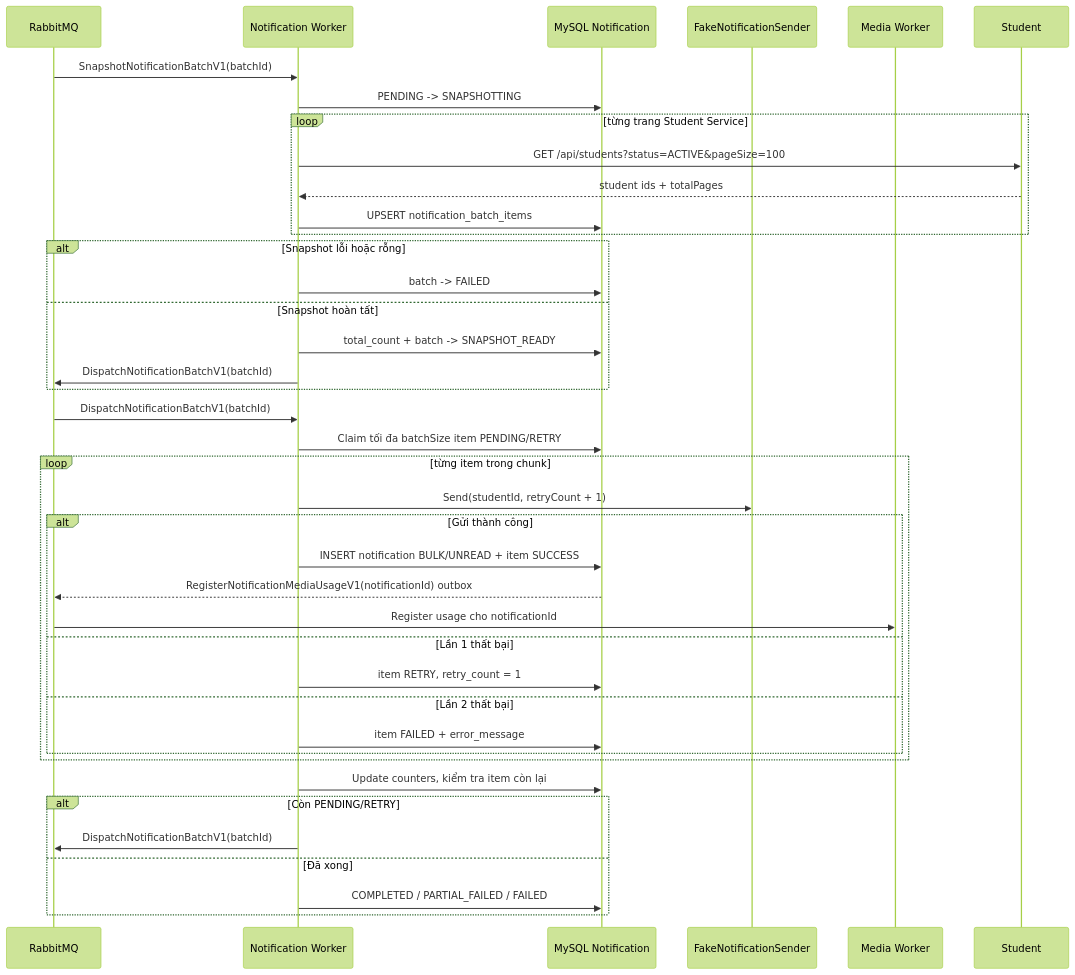
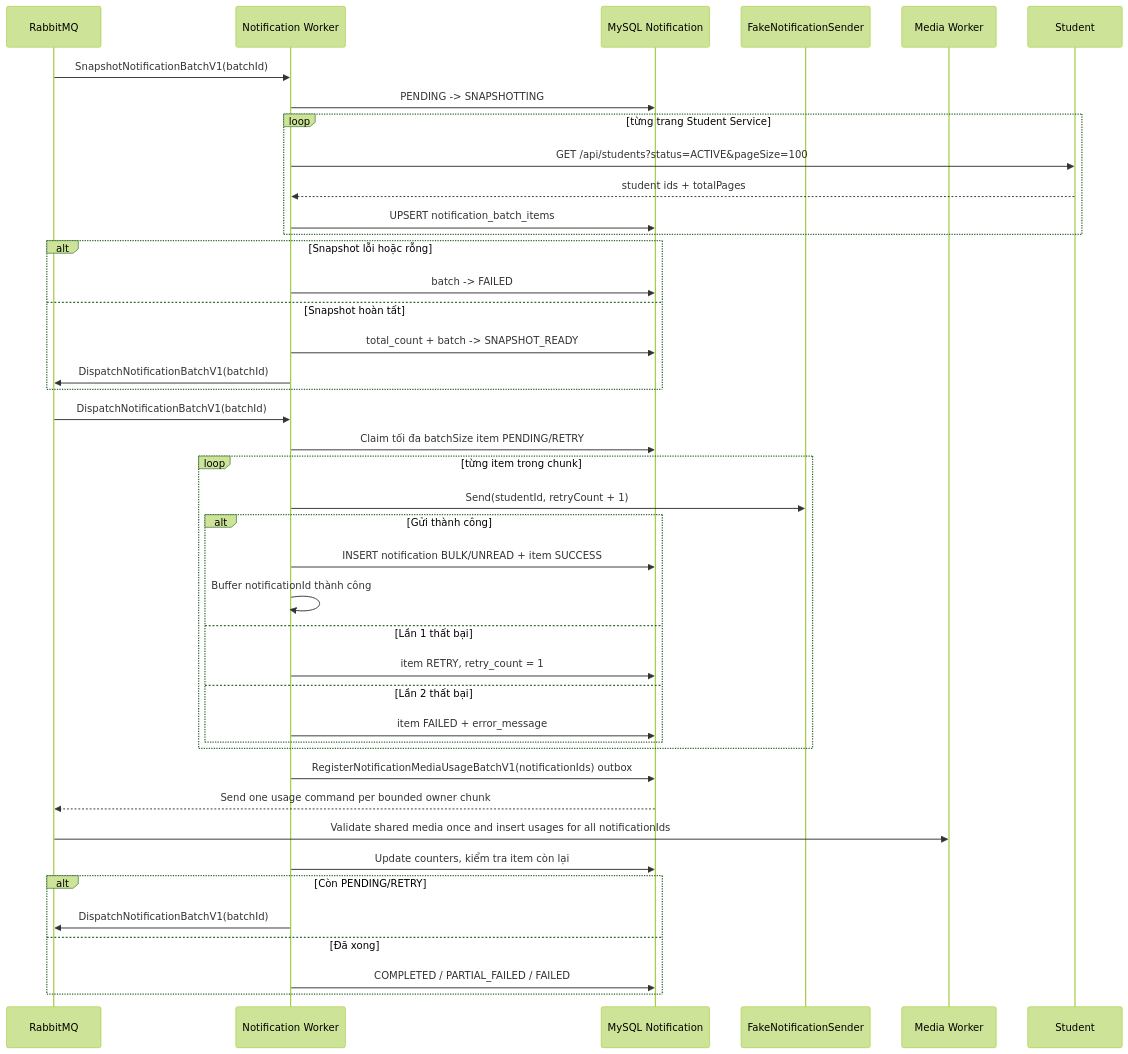
Before and after one commit to Minhduc7904/MiniProjectTrainingKaopiz: the third of 3 diagrams in ducnm3/docs/business-flows/notifications/bulk-notification.md, drawn with Mermaid (forest theme). The commit also changed other lines of this file and 20 other files, not shown here.

Commit message:
Chuẩn hóa gán media usage cho notification đơn và batch

````diff
--- a/ducnm3/docs/business-flows/notifications/bulk-notification.md
+++ b/ducnm3/docs/business-flows/notifications/bulk-notification.md
@@ -59,43 +59,44 @@
 ```mermaid
 sequenceDiagram
     participant Bus as RabbitMQ
     participant Worker as Notification Worker
     participant DB as MySQL Notification
     participant Sender as FakeNotificationSender
-    participant Bus as RabbitMQ
     participant Media as Media Worker
 
     Bus->>Worker: SnapshotNotificationBatchV1(batchId)
     Worker->>DB: PENDING -> SNAPSHOTTING
     loop từng trang Student Service
         Worker->>Student: GET /api/students?status=ACTIVE&pageSize=100
         Student-->>Worker: student ids + totalPages
         Worker->>DB: UPSERT notification_batch_items
     end
     alt Snapshot lỗi hoặc rỗng
         Worker->>DB: batch -> FAILED
     else Snapshot hoàn tất
         Worker->>DB: total_count + batch -> SNAPSHOT_READY
         Worker->>Bus: DispatchNotificationBatchV1(batchId)
     end
     Bus->>Worker: DispatchNotificationBatchV1(batchId)
     Worker->>DB: Claim tối đa batchSize item PENDING/RETRY
     loop từng item trong chunk
         Worker->>Sender: Send(studentId, retryCount + 1)
         alt Gửi thành công
             Worker->>DB: INSERT notification BULK/UNREAD + item SUCCESS
-            DB-->>Bus: RegisterNotificationMediaUsageV1(notificationId) outbox
-            Bus->>Media: Register usage cho notificationId
+            Worker->>Worker: Buffer notificationId thành công
         else Lần 1 thất bại
             Worker->>DB: item RETRY, retry_count = 1
         else Lần 2 thất bại
             Worker->>DB: item FAILED + error_message
         end
     end
+    Worker->>DB: RegisterNotificationMediaUsageBatchV1(notificationIds) outbox
+    DB-->>Bus: Send one usage command per bounded owner chunk
+    Bus->>Media: Validate shared media once and insert usages for all notificationIds
     Worker->>DB: Update counters, kiểm tra item còn lại
     alt Còn PENDING/RETRY
         Worker->>Bus: DispatchNotificationBatchV1(batchId)
     else Đã xong
         Worker->>DB: COMPLETED / PARTIAL_FAILED / FAILED
     end
 ```
````
